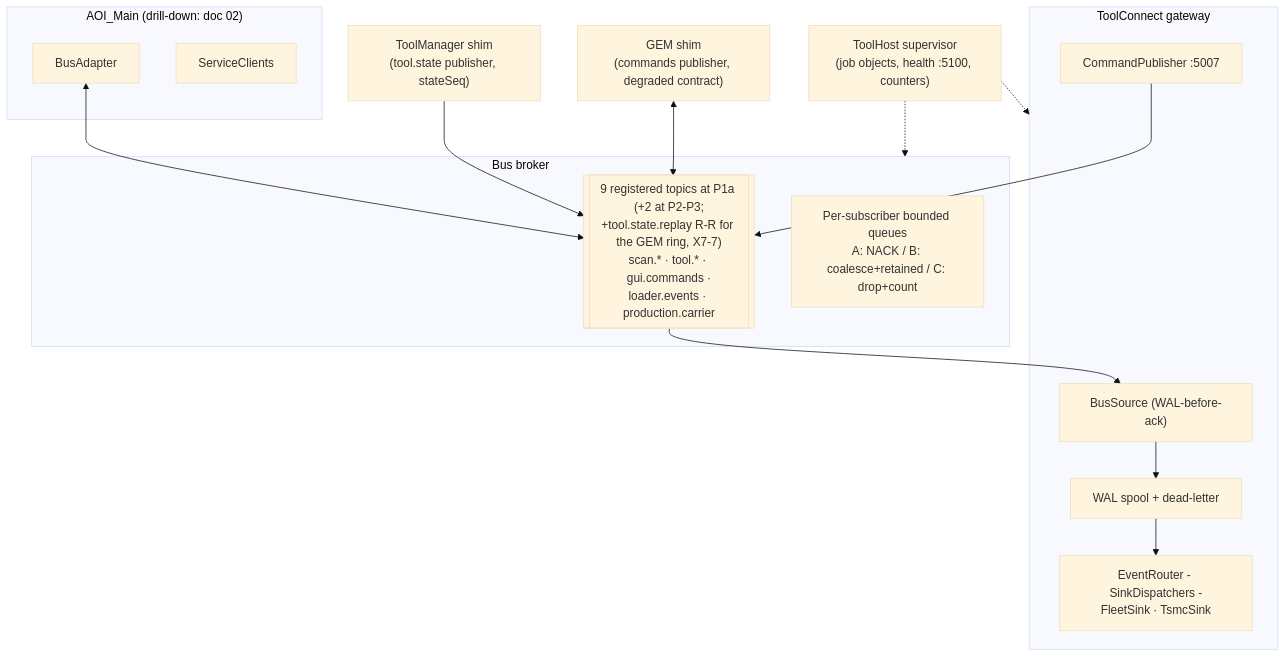
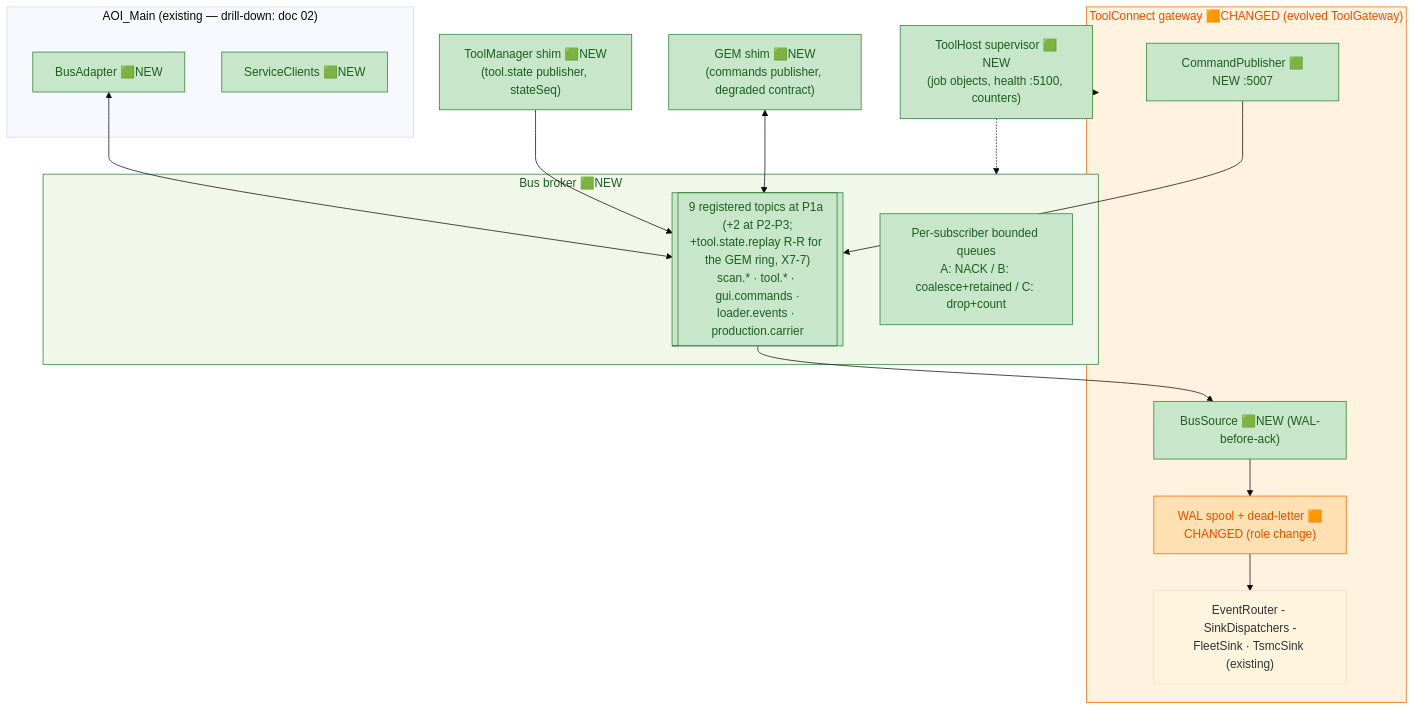
One commit to amitA-camtek/bus_gateway changed the third of 15 diagrams in stage/01-system-architecture.md. Above: the diagram before and after it, drawn with Mermaid (base theme). The commit also changed other lines of this file and 11 other files, not shown here.

````diff
--- a/stage/01-system-architecture.md
+++ b/stage/01-system-architecture.md
@@ -68,28 +90,35 @@
 ```mermaid
 flowchart TB
-    subgraph BRK["Bus broker"]
+    subgraph BRK["Bus broker 🟩NEW"]
         TOP[["9 registered topics at P1a (+2 at P2-P3;\n+tool.state.replay R-R for the GEM ring, X7-7)\nscan.* · tool.* · gui.commands ·\nloader.events · production.carrier"]]
         SUBQ["Per-subscriber bounded queues\nA: NACK / B: coalesce+retained / C: drop+count"]
     end
-    subgraph GWC["ToolConnect gateway"]
-        BSRC["BusSource (WAL-before-ack)"]
-        CMDP["CommandPublisher :5007"]
-        SINKS["EventRouter - SinkDispatchers -\nFleetSink · TsmcSink"]
-        WAL["WAL spool + dead-letter"]
+    subgraph GWC["ToolConnect gateway 🟧CHANGED (evolved ToolGateway)"]
+        BSRC["BusSource 🟩NEW (WAL-before-ack)"]
+        CMDP["CommandPublisher 🟩NEW :5007"]
+        SINKS["EventRouter - SinkDispatchers -\nFleetSink · TsmcSink (existing)"]
+        WAL["WAL spool + dead-letter 🟧CHANGED (role change)"]
     end
-    subgraph AOIC["AOI_Main (drill-down: doc 02)"]
-        BA["BusAdapter"]
-        SC["ServiceClients"]
+    subgraph AOIC["AOI_Main (existing — drill-down: doc 02)"]
+        BA["BusAdapter 🟩NEW"]
+        SC["ServiceClients 🟩NEW"]
     end
-    TMC["ToolManager shim\n(tool.state publisher, stateSeq)"]
-    GEMC["GEM shim\n(commands publisher, degraded contract)"]
-    THC["ToolHost supervisor\n(job objects, health :5100, counters)"]
+    TMC["ToolManager shim 🟩NEW\n(tool.state publisher, stateSeq)"]
+    GEMC["GEM shim 🟩NEW\n(commands publisher, degraded contract)"]
+    THC["ToolHost supervisor 🟩NEW\n(job objects, health :5100, counters)"]
 
     BA <--> TOP
     TMC --> TOP
     GEMC <--> TOP
     TOP --> BSRC --> WAL --> SINKS
     CMDP --> TOP
     THC -.-> BRK
     THC -.-> GWC
+
+    classDef new fill:#C8E6C9,stroke:#2E7D32,color:#1B5E20;
+    classDef changed fill:#FFE0B2,stroke:#EF6C00,color:#E65100;
+    class TOP,SUBQ,BSRC,CMDP,BA,SC,TMC,GEMC,THC new;
+    class WAL changed;
+    style BRK fill:#F1F8E9,stroke:#2E7D32,color:#1B5E20;
+    style GWC fill:#FFF3E0,stroke:#EF6C00,color:#E65100;
 ```
````
